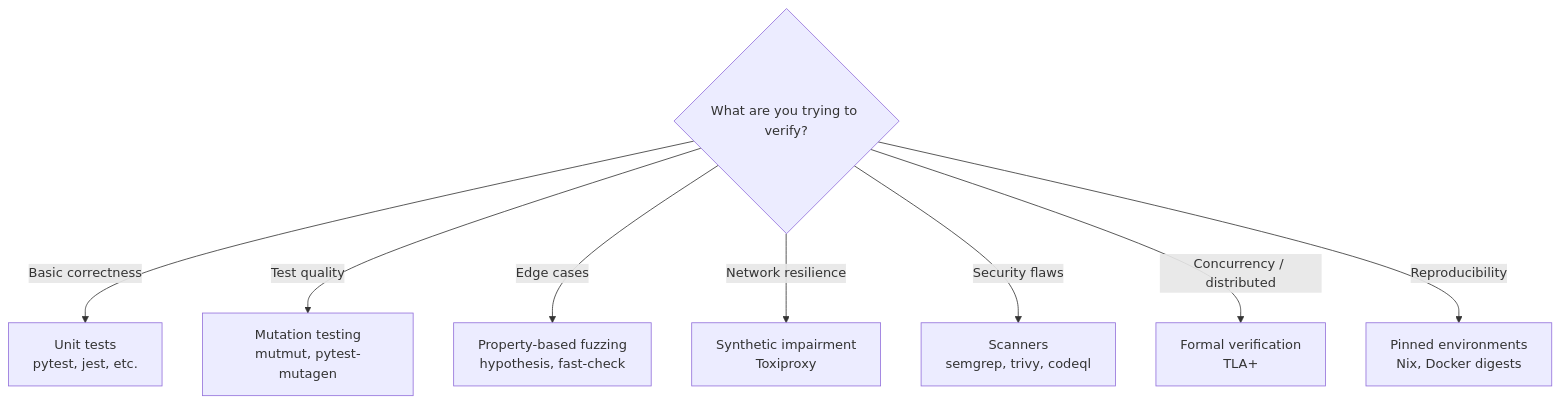
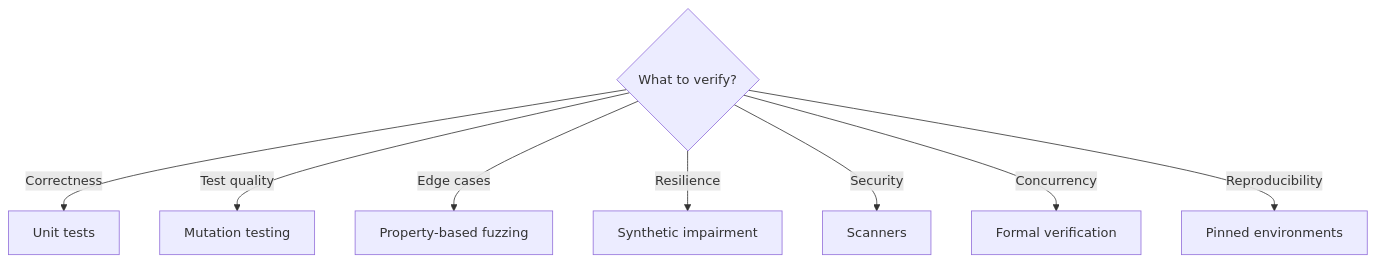
One commit to seanpor/AgentGuide changed the eighth of 8 diagrams in writing-production-code.md. Above: the diagram before and after it, drawn with Mermaid. The commit also changed other lines of this file and 1 other file, not shown here.

First line of the commit message:
Compact Mermaid diagrams for small-screen readability

````diff
--- a/writing-production-code.md
+++ b/writing-production-code.md
@@ -1438,11 +1438,11 @@
 ```mermaid
 flowchart TD
-    Q1{What are you trying to verify?}
-    Q1 -->|Basic correctness| A1[Unit tests<br/>pytest, jest, etc.]
-    Q1 -->|Test quality| A2[Mutation testing<br/>mutmut, pytest-mutagen]
-    Q1 -->|Edge cases| A3[Property-based fuzzing<br/>hypothesis, fast-check]
-    Q1 -->|Network resilience| A4[Synthetic impairment<br/>Toxiproxy]
-    Q1 -->|Security flaws| A5[Scanners<br/>semgrep, trivy, codeql]
-    Q1 -->|Concurrency / distributed| A6[Formal verification<br/>TLA+]
-    Q1 -->|Reproducibility| A7[Pinned environments<br/>Nix, Docker digests]
+    Q1{What to verify?}
+    Q1 -->|Correctness| A1[Unit tests]
+    Q1 -->|Test quality| A2[Mutation testing]
+    Q1 -->|Edge cases| A3[Property-based fuzzing]
+    Q1 -->|Resilience| A4[Synthetic impairment]
+    Q1 -->|Security| A5[Scanners]
+    Q1 -->|Concurrency| A6[Formal verification]
+    Q1 -->|Reproducibility| A7[Pinned environments]
 ```
````
